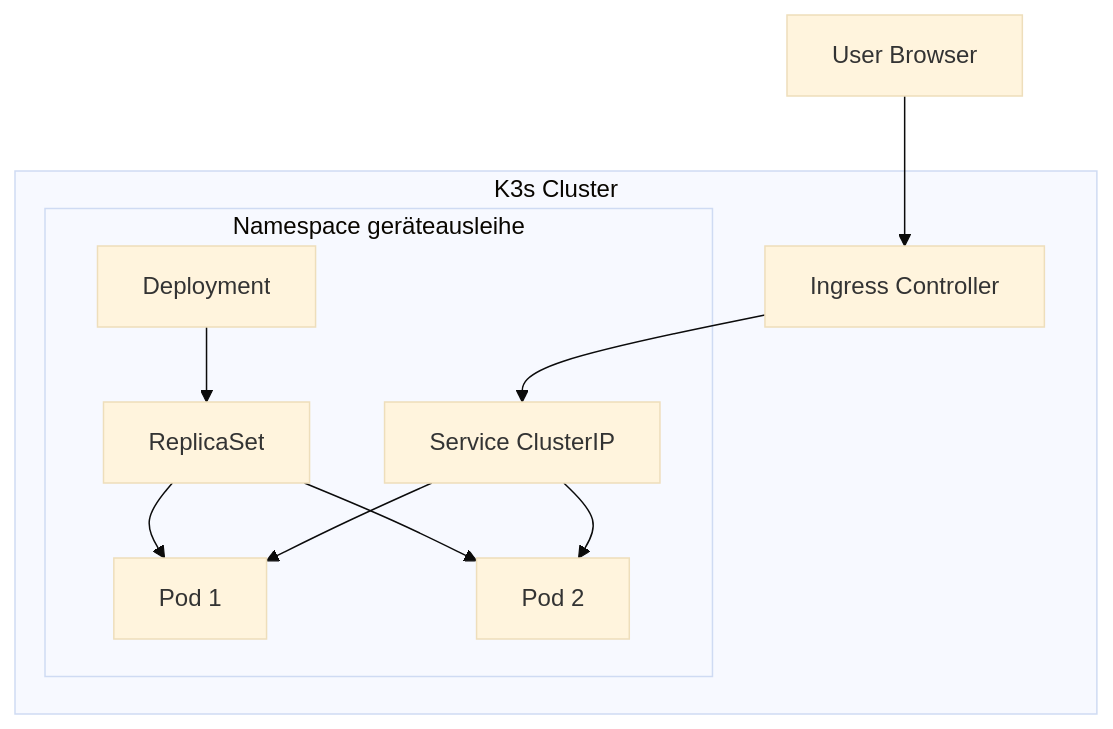
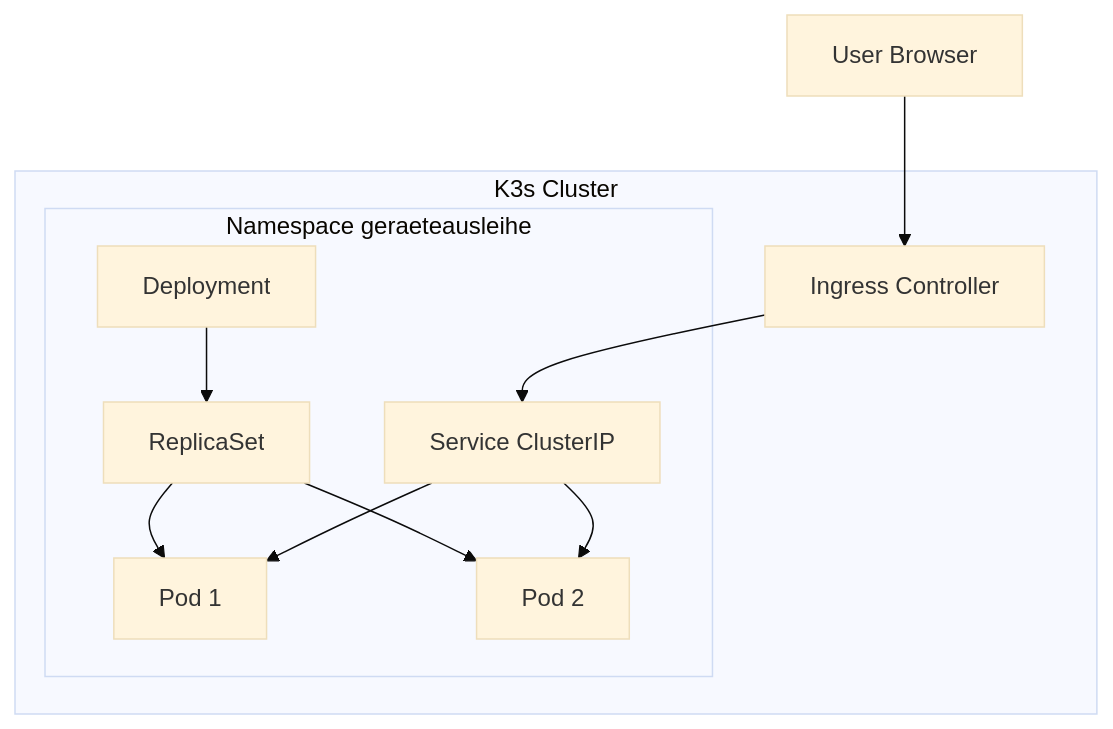
One commit to Cancani/geraeteausleihe-sem4 changed the fifth of 6 diagrams in docs/dokumentation.md. Above: the diagram before and after it, drawn with Mermaid (base theme). The commit also changed other lines of this file, not shown here.

Commit message:
docs(change): TItel angepasst, damit Mermaid richtig angezeigt wird.

````diff
--- a/docs/dokumentation.md
+++ b/docs/dokumentation.md
@@ -727,19 +727,19 @@
 ```mermaid
 flowchart TB
   subgraph K3s[K3s Cluster]
-    subgraph NS[Namespace geräteausleihe]
+    subgraph NS[Namespace geraeteausleihe]
       DEP[Deployment]
       DEP --> RS[ReplicaSet]
       RS --> P1[Pod 1]
       RS --> P2[Pod 2]
       SVC[Service ClusterIP]
     end
 
     INGCTRL[Ingress Controller]
   end
 
   Users[User Browser] --> INGCTRL
   INGCTRL --> SVC
   SVC --> P1
   SVC --> P2
 ```
````
